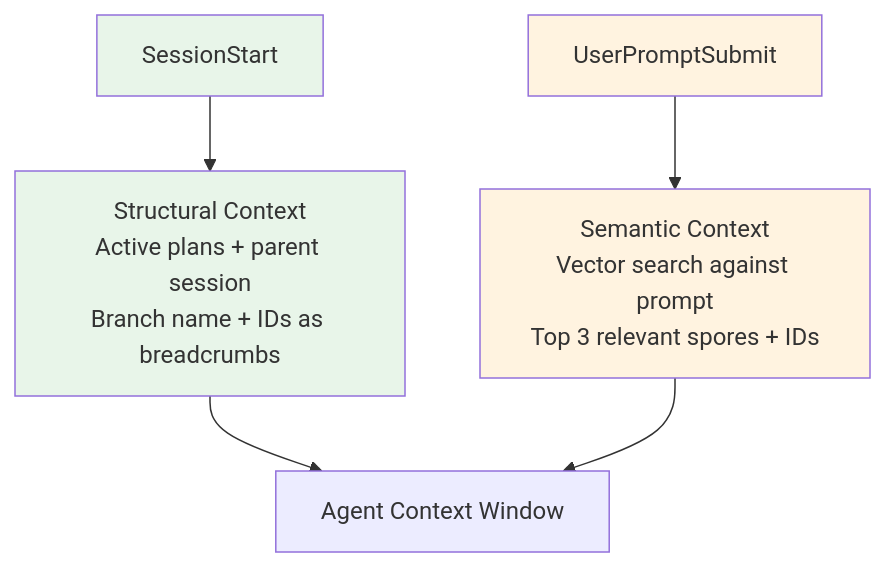
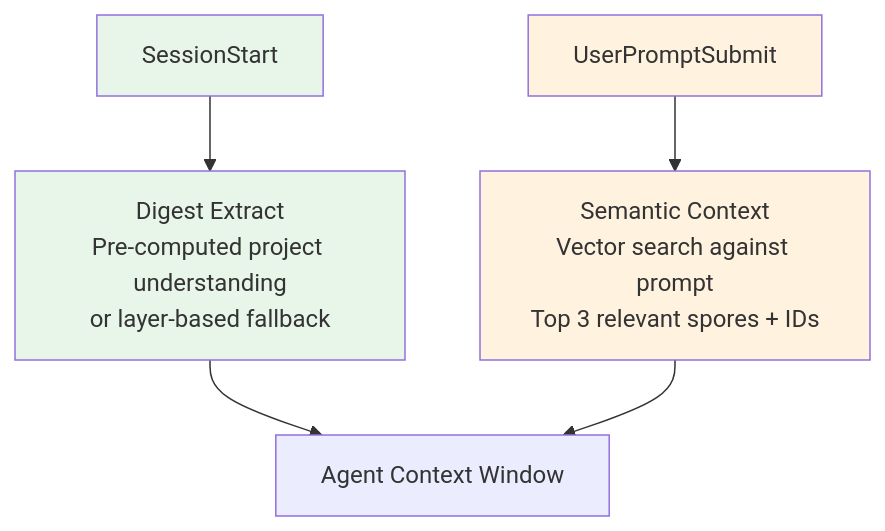
The sixth of 8 diagrams in docs/lifecycle.md (goondocks-co/myco), drawn with Mermaid before and after one commit. The commit also changed other lines of this file and 1 other file, not shown here.

First line of the commit message:
docs: update README and lifecycle for digest system and spore terminology

````diff
--- a/docs/lifecycle.md
+++ b/docs/lifecycle.md
@@ -100,13 +168,13 @@
 ```mermaid
 flowchart TD
-    SS[SessionStart] --> Struct[Structural Context<br/>Active plans + parent session<br/>Branch name + IDs as breadcrumbs]
+    SS[SessionStart] --> Struct[Digest Extract<br/>Pre-computed project understanding<br/>or layer-based fallback]
     UP[UserPromptSubmit] --> Sem[Semantic Context<br/>Vector search against prompt<br/>Top 3 relevant spores + IDs]
 
     Struct --> Agent[Agent Context Window]
     Sem --> Agent
 
     style SS fill:#e8f5e9
     style UP fill:#fff3e0
     style Struct fill:#e8f5e9
     style Sem fill:#fff3e0
 ```
````
